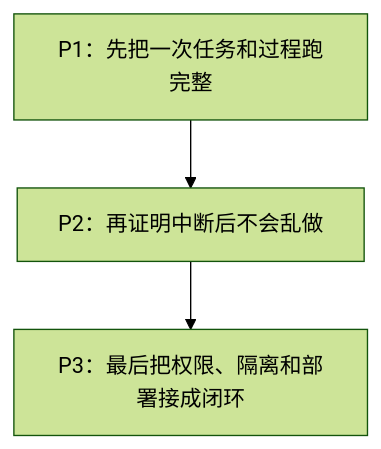
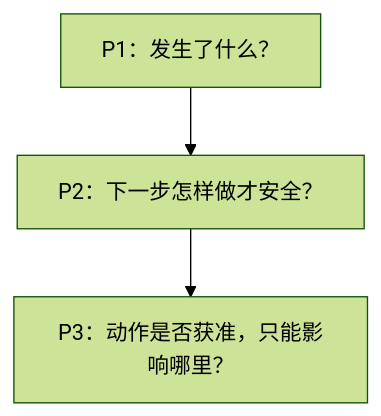
Before and after one commit to CherryYang05/BearAgent: the diagram in site/src/content/docs/zh-cn/project/milestones.md, drawn with Mermaid (forest theme). The commit also changed other lines of this file and 20 other files, not shown here.

Commit message:
Redesign P2 and P3 roadmap and project front door

````diff
--- a/site/src/content/docs/zh-cn/project/milestones.md
+++ b/site/src/content/docs/zh-cn/project/milestones.md
@@ -22,5 +22,5 @@
 ```mermaid
 flowchart TB
-    P1["P1：先把一次任务和过程跑完整"] --> P2["P2：再证明中断后不会乱做"]
-    P2 --> P3["P3：最后把权限、隔离和部署接成闭环"]
+    P1["P1：发生了什么？"] --> P2["P2：下一步怎样做才安全？"]
+    P2 --> P3["P3：动作是否获准，只能影响哪里？"]
 ```
````
